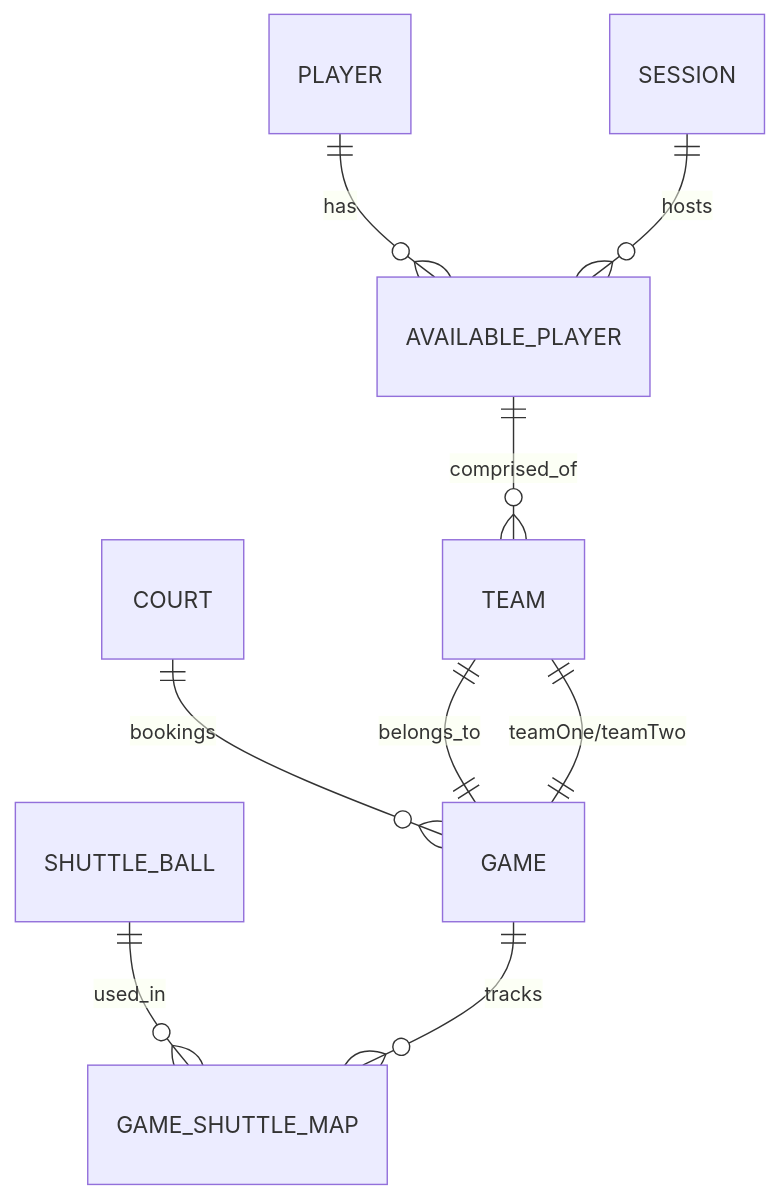
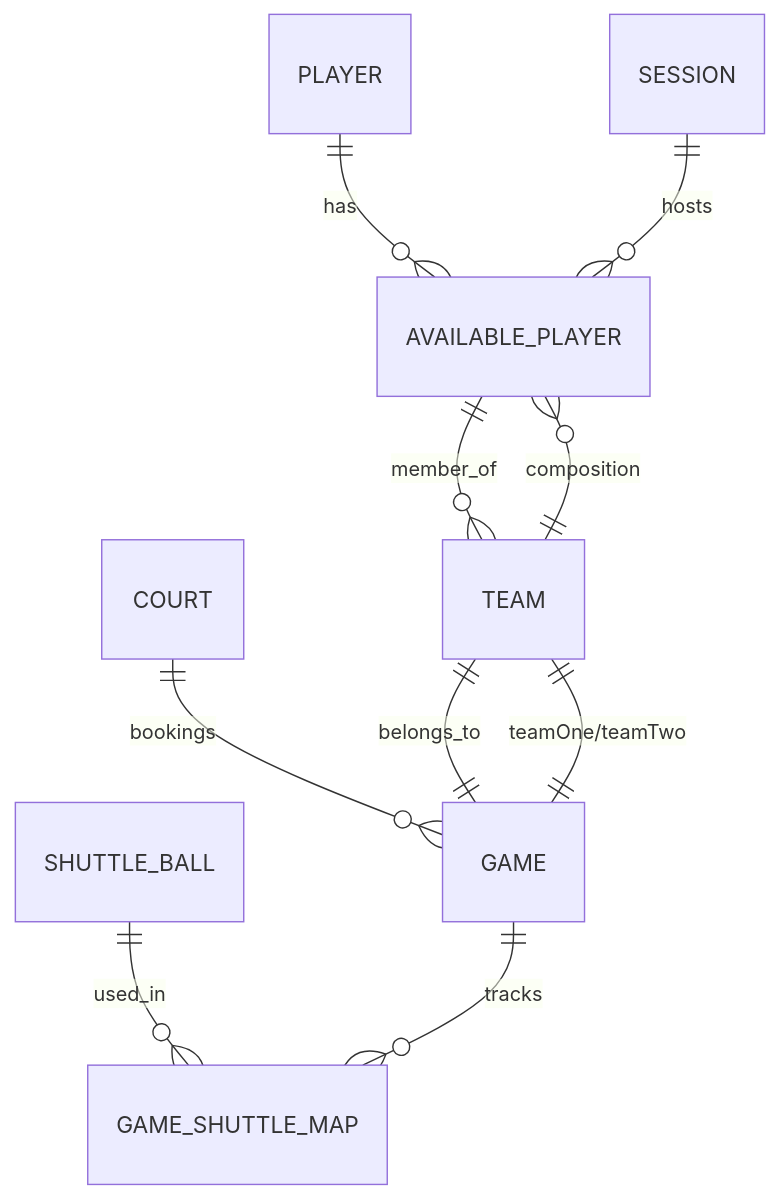
One commit to Vissel/badminton-court-management changed the fourth of 10 diagrams in .qoder/repowiki/en/content/Data Management & Persistence.md. Above: the diagram before and after it, drawn with Mermaid. The commit also changed other lines of this file and 36 other files, not shown here.

````diff
--- a/.qoder/repowiki/en/content/Data Management & Persistence.md
+++ b/.qoder/repowiki/en/content/Data Management & Persistence.md
@@ -282,11 +329,12 @@
 ```mermaid
 erDiagram
 PLAYER ||--o{ AVAILABLE_PLAYER : "has"
 SESSION ||--o{ AVAILABLE_PLAYER : "hosts"
 COURT ||--o{ GAME : "bookings"
 GAME ||--|| TEAM : "teamOne/teamTwo"
 SHUTTLE_BALL ||--o{ GAME_SHUTTLE_MAP : "used_in"
 GAME ||--o{ GAME_SHUTTLE_MAP : "tracks"
 TEAM ||--|| GAME : "belongs_to"
-AVAILABLE_PLAYER ||--o{ TEAM : "comprised_of"
+TEAM ||--o{ AVAILABLE_PLAYER : "composition"
+AVAILABLE_PLAYER ||--o{ TEAM : "member_of"
 ```
````
